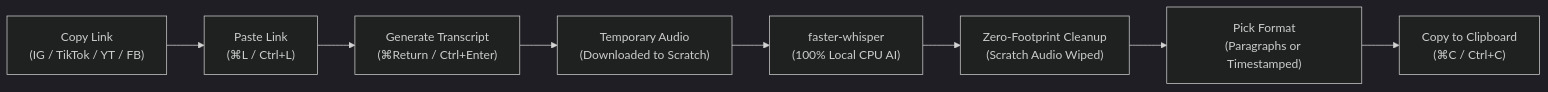
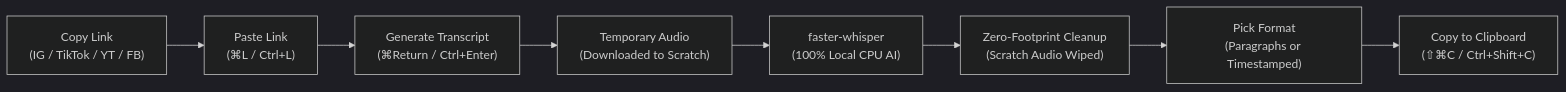
One commit to ApetriStefan/FaeryGood-Transcriber changed the diagram in README.md. Above: the diagram before and after it, drawn with Mermaid (dark theme). The commit also changed other lines of this file and 33 other files, not shown here.

````diff
--- a/README.md
+++ b/README.md
@@ -97,10 +97,10 @@
 ```mermaid
 flowchart LR
     A["Copy Link<br/>(IG / TikTok / YT / FB)"] --> B["Paste Link<br/>(⌘L / Ctrl+L)"]
     B --> C["Generate Transcript<br/>(⌘Return / Ctrl+Enter)"]
     C --> D["Temporary Audio<br/>(Downloaded to Scratch)"]
     D --> E["faster-whisper<br/>(100% Local CPU AI)"]
     E --> F["Zero-Footprint Cleanup<br/>(Scratch Audio Wiped)"]
     F --> G["Pick Format<br/>(Paragraphs or Timestamped)"]
-    G --> H["Copy to Clipboard<br/>(⌘C / Ctrl+C)"]
+    G --> H["Copy to Clipboard<br/>(⇧⌘C / Ctrl+Shift+C)"]
 ```
````
